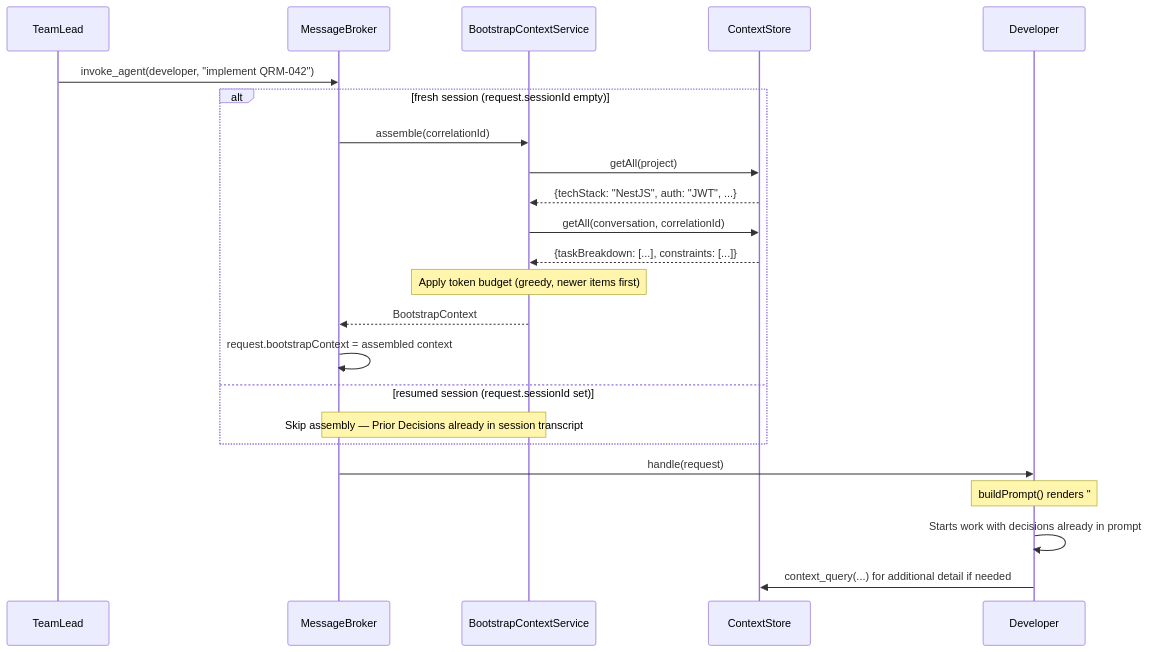
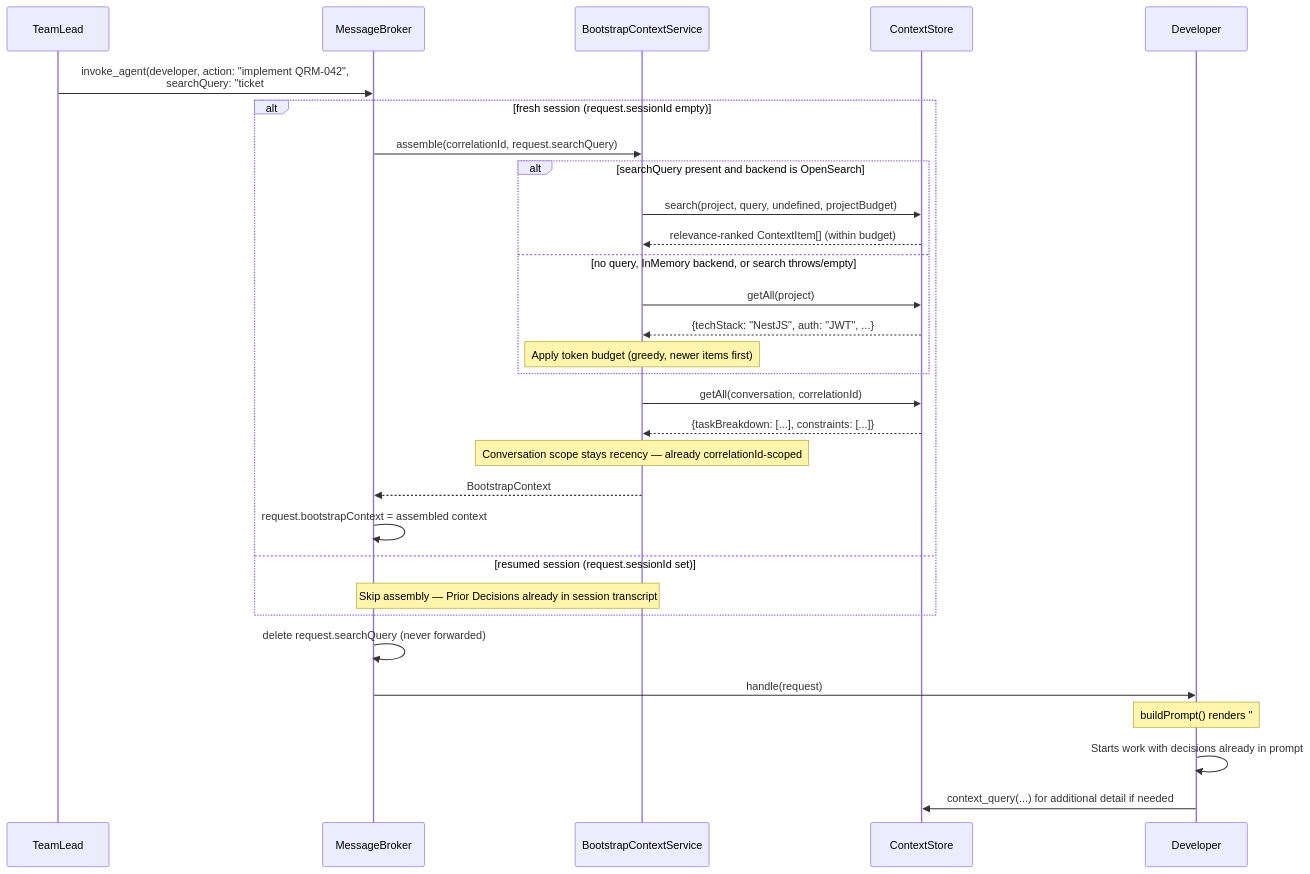
One commit to ia64mail/quorum changed the fifth of 5 diagrams in docs/context-management.md. Above: the diagram before and after it, drawn with Mermaid. The commit also changed other lines of this file and 13 other files, not shown here.

First line of the commit message:
#70: bootstrap context — task-aware project selection via moderator searchQuery

````diff
--- a/docs/context-management.md
+++ b/docs/context-management.md
@@ -318,30 +318,37 @@
 ```mermaid
 sequenceDiagram
     participant TL as TeamLead
     participant B as MessageBroker
     participant BCS as BootstrapContextService
     participant CS as ContextStore
     participant D as Developer
 
-    TL->>B: invoke_agent(developer, "implement QRM-042")
+    TL->>B: invoke_agent(developer, action: "implement QRM-042",<br/>searchQuery: "ticket #42 ...")
 
     alt fresh session (request.sessionId empty)
-        B->>BCS: assemble(correlationId)
-        BCS->>CS: getAll(project)
-        CS-->>BCS: {techStack: "NestJS", auth: "JWT", ...}
+        B->>BCS: assemble(correlationId, request.searchQuery)
+        alt searchQuery present and backend is OpenSearch
+            BCS->>CS: search(project, query, undefined, projectBudget)
+            CS-->>BCS: relevance-ranked ContextItem[] (within budget)
+        else no query, InMemory backend, or search throws/empty
+            BCS->>CS: getAll(project)
+            CS-->>BCS: {techStack: "NestJS", auth: "JWT", ...}
+            Note over BCS: Apply token budget (greedy, newer items first)
+        end
         BCS->>CS: getAll(conversation, correlationId)
         CS-->>BCS: {taskBreakdown: [...], constraints: [...]}
-        Note over BCS: Apply token budget (greedy, newer items first)
+        Note over BCS: Conversation scope stays recency — already correlationId-scoped
         BCS-->>B: BootstrapContext
 
         B->>B: request.bootstrapContext = assembled context
     else resumed session (request.sessionId set)
         Note over B,BCS: Skip assembly — Prior Decisions already in session transcript
     end
+    B->>B: delete request.searchQuery (never forwarded)
     B->>D: handle(request)
 
     Note over D: buildPrompt() renders "## Prior Decisions"<br/>with ### Project Context and ### Conversation Context
 
     D->>D: Starts work with decisions already in prompt
     D->>CS: context_query(...) for additional detail if needed
 ```
````
